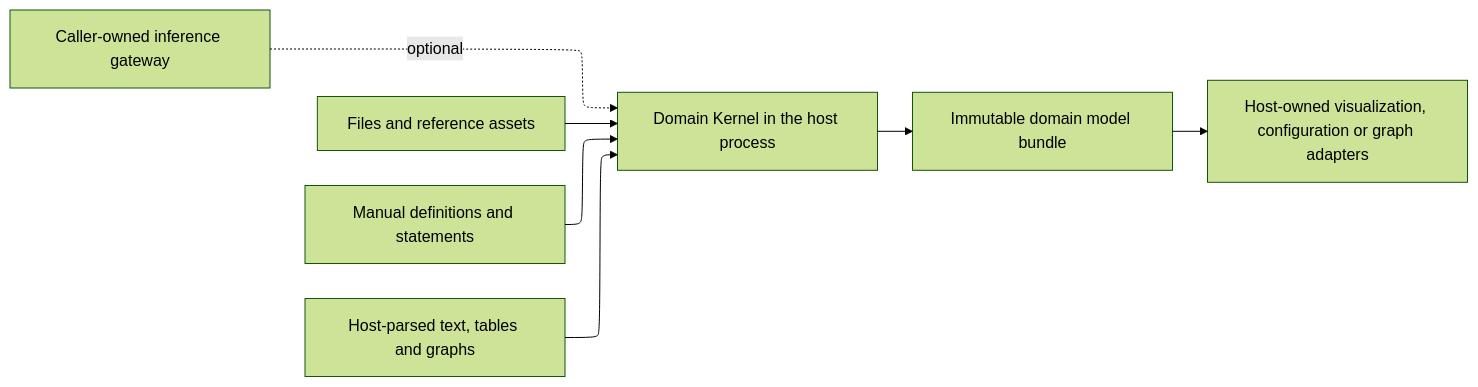
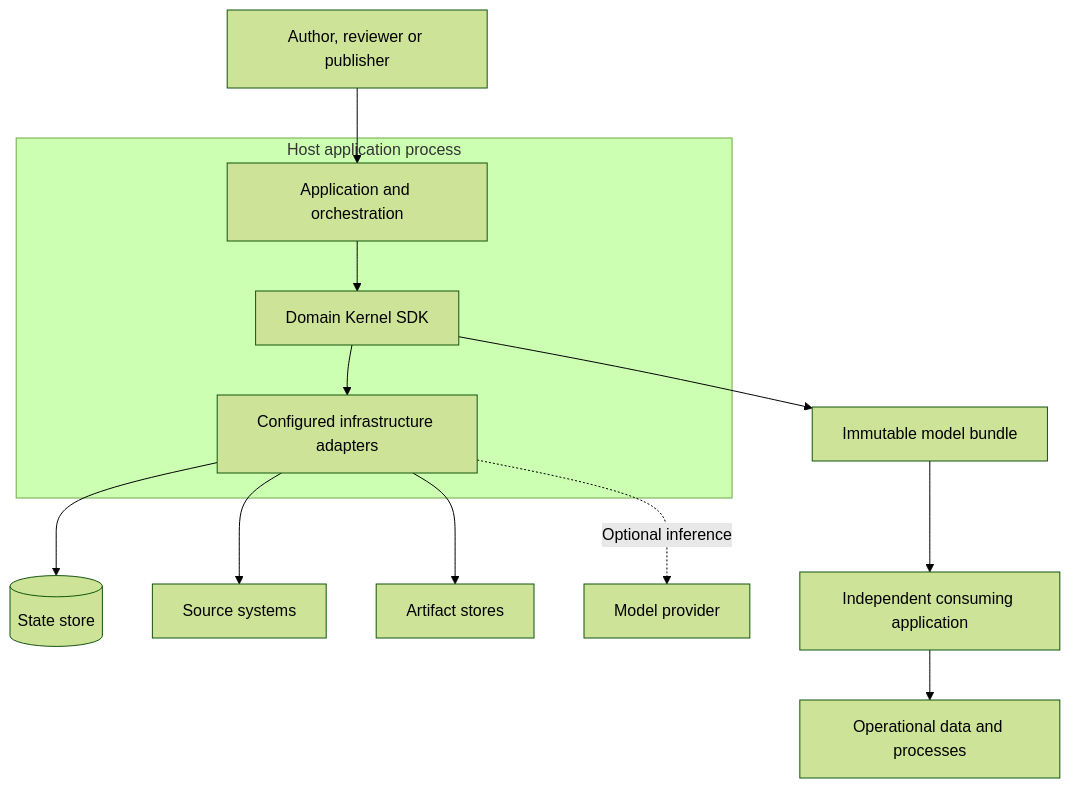
Before and after one commit to matejpalenik/domain-kernel: the first of 6 diagrams in ARCHITECTURE.md, drawn with Mermaid (forest theme). The commit also changed other lines of this file and 61 other files, not shown here.

First line of the commit message:
docs: split architecture contracts and streamline documentation

````diff
--- a/ARCHITECTURE.md
+++ b/ARCHITECTURE.md
@@ -716,14 +115,22 @@
 ```mermaid
----
-config:
-  layout: elk
----
+flowchart TB
+    User["Author, reviewer or publisher"] --> Application
 
-flowchart LR
-    Files["Files and reference assets"] --> SDK
-    Manual["Manual definitions and statements"] --> SDK
-    Parsed["Host-parsed text, tables and graphs"] --> SDK
-    Gateway["Caller-owned inference gateway"] -. "optional" .-> SDK
-    SDK["Domain Kernel in the host process"] --> Bundle["Immutable domain model bundle"]
-    Bundle --> Consumer["Host-owned visualization, configuration or graph adapters"]
+    subgraph Host["Host application process"]
+        Application["Application and orchestration"]
+        SDK["Domain Kernel SDK"]
+        Adapters["Configured infrastructure adapters"]
+
+        Application --> SDK
+        SDK --> Adapters
+    end
+
+    Adapters --> Database[("State store")]
+    Adapters --> Sources["Source systems"]
+    Adapters --> Artifacts["Artifact stores"]
+    Adapters -.->|"Optional inference"| Provider["Model provider"]
+
+    SDK --> Bundle["Immutable model bundle"]
+    Bundle --> Consumer["Independent consuming application"]
+    Consumer --> Operations["Operational data and processes"]
 ```
````
